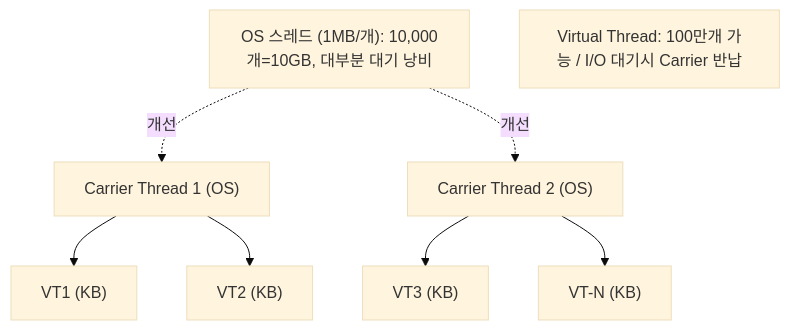
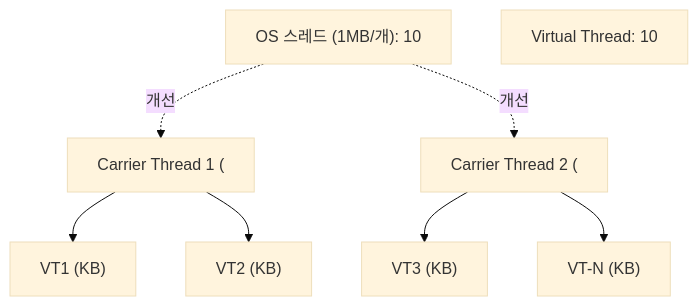
The second of 3 diagrams in _posts/java/2026-05-02-java-versions.md (yjkim2015/yjkim2015.github.io), drawn with Mermaid (base theme) before and after one commit. The commit also changed other lines of this file and 271 other files, not shown here.

First line of the commit message:
Mermaid 라벨 축소: 긴 노드 텍스트 18자 이하로 트림 + \n 제거

````diff
--- a/_posts/java/2026-05-02-java-versions.md
+++ b/_posts/java/2026-05-02-java-versions.md
@@ -691,8 +691,8 @@
 ```mermaid
 graph TD
-    OS["OS 스레드 (1MB/개): 10,000개=10GB, 대부분 대기 낭비"]
-    CT1["Carrier Thread 1 (OS)"] --> VT1["VT1 (KB)"] & VT2["VT2 (KB)"]
-    CT2["Carrier Thread 2 (OS)"] --> VT3["VT3 (KB)"] & VTN["VT-N (KB)"]
-    NOTE["Virtual Thread: 100만개 가능 / I/O 대기시 Carrier 반납"]
+    OS["OS 스레드 (1MB/개): 10"]
+    CT1["Carrier Thread 1 ("] --> VT1["VT1 (KB)"] & VT2["VT2 (KB)"]
+    CT2["Carrier Thread 2 ("] --> VT3["VT3 (KB)"] & VTN["VT-N (KB)"]
+    NOTE["Virtual Thread: 10"]
     OS -.개선.-> CT1 & CT2
 ```
````
